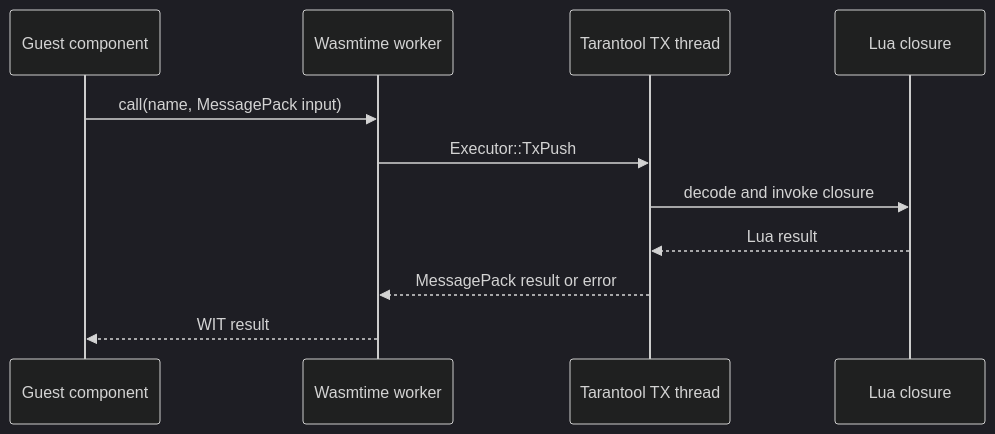
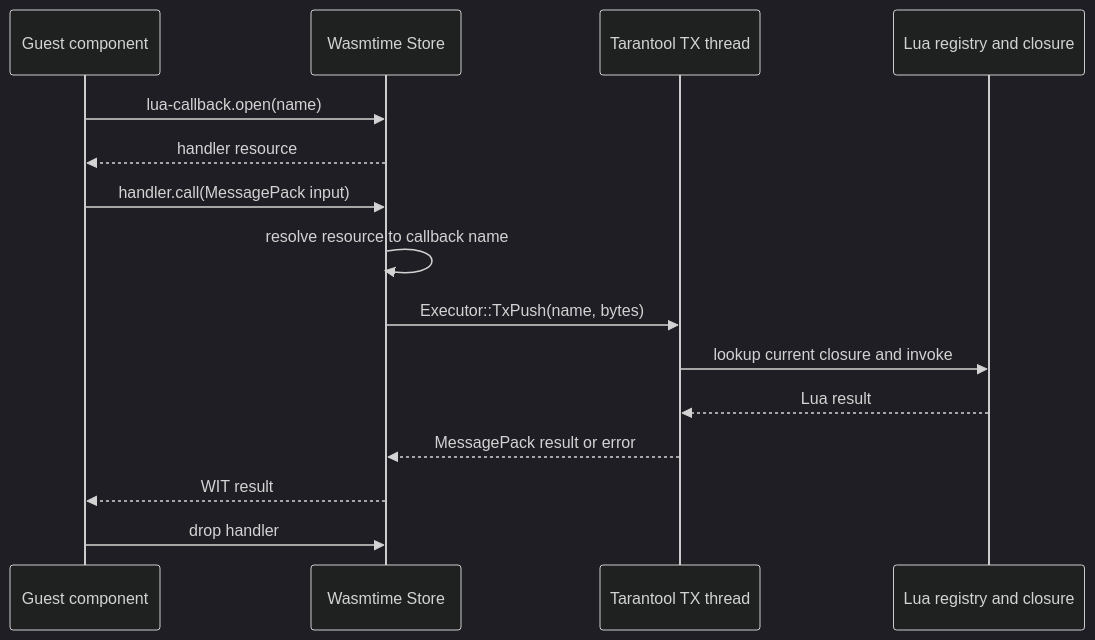
One commit to tarantool/tarantool-wasm-rs changed the diagram in docs/lua_callbacks.md. Above: the diagram before and after it, drawn with Mermaid (dark theme). The commit also changed other lines of this file and 9 other files, not shown here.

````diff
--- a/docs/lua_callbacks.md
+++ b/docs/lua_callbacks.md
@@ -57,13 +110,18 @@
 ```mermaid
 sequenceDiagram
     participant Guest as Guest component
-    participant Worker as Wasmtime worker
+    participant Store as Wasmtime Store
     participant TX as Tarantool TX thread
-    participant Lua as Lua closure
-    Guest->>Worker: call(name, MessagePack input)
-    Worker->>TX: Executor::TxPush
-    TX->>Lua: decode and invoke closure
+    participant Lua as Lua registry and closure
+
+    Guest->>Store: lua-callback.open(name)
+    Store-->>Guest: handler resource
+    Guest->>Store: handler.call(MessagePack input)
+    Store->>Store: resolve resource to callback name
+    Store->>TX: Executor::TxPush(name, bytes)
+    TX->>Lua: lookup current closure and invoke
     Lua-->>TX: Lua result
-    TX-->>Worker: MessagePack result or error
-    Worker-->>Guest: WIT result
+    TX-->>Store: MessagePack result or error
+    Store-->>Guest: WIT result
+    Guest->>Store: drop handler
 ```
````
